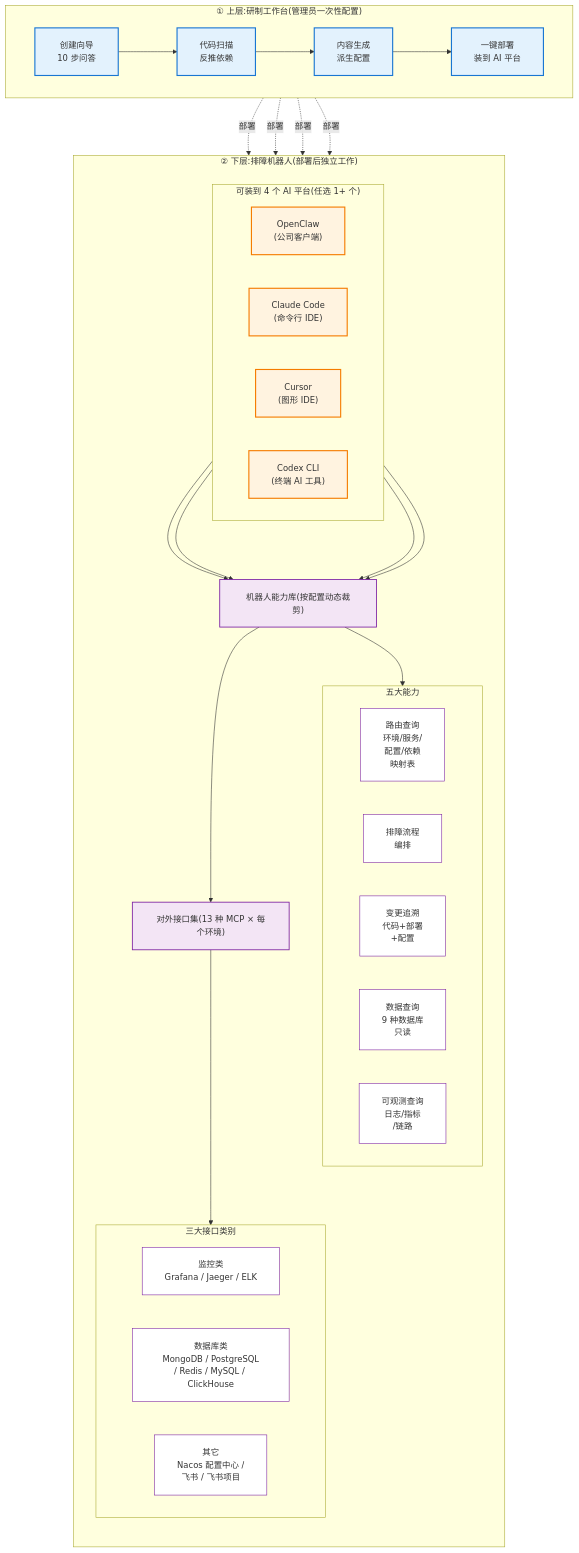
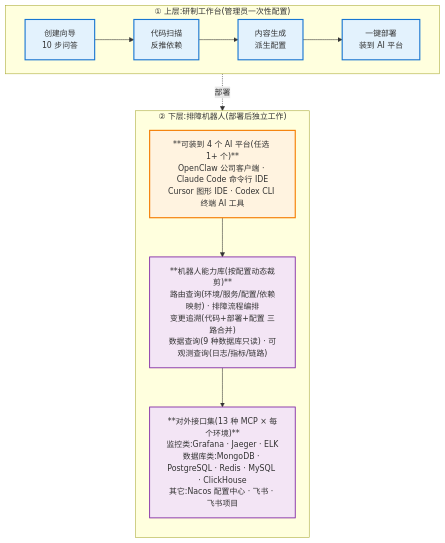
Before and after one commit to 452562082/troubleshooter-studio: the first of 2 diagrams in docs/agent-application.md, drawn with Mermaid. The commit also changed other lines of this file and 1 other file, not shown here.

Commit message:
流程图改紧凑布局:不嵌套 subgraph,默认间距小一半
用户反馈"间距也太长了" — 上一版加大 nodeSpacing/rankSpacing 后,
嵌套 subgraph 的 direction LR 没起效(被 mermaid 渲染器强制纵排),
5 个能力节点 + 3 个 MCP 类别节点变垂直 stack,80px rankSpacing
进一步拉爆整张图(用户截图里垂直拉了 8 屏)。

修法:

图 1 整体架构:
- 删 SkillCat 和 MCPCat 两个嵌套 subgraph(direction LR 不靠谱)
- 5 个能力 → 合到 Skills 单节点 1 行标题 + 3 行内容
- 3 个 MCP 类别 → 合到 MCPs 单节点 1 行标题 + 3 行内容
- 4 个 AI 平台 → 合到 Plats 单节点 1 行标题 + 2 行内容
- 横向 4 步流水线 W→A→G→I 用 LR direction 保留(单层不会被 override)

参数收紧:
- 图 1 nodeSpacing 60→30, rankSpacing 80→45, fontSize 15→14px
- 图 2 nodeSpacing 55→25, rankSpacing 70→40, fontSize 15→14px
- 图 3/4 sequenceDiagram actorMargin 80-90→50-55,
  noteMargin 15-18→10, messageMargin 45-50→30-32,
  boxMargin 12-15→8, fontSize 14-15→13px

效果:
- 整体高度直接腰斩
- 节点内文字行数 3-4 行仍然清晰
- 不依赖嵌套 subgraph,所有 mermaid 渲染器行为一致

````diff
--- a/docs/agent-application.md
+++ b/docs/agent-application.md
@@ -69,61 +69,25 @@
 ```mermaid
-%%{init: {'flowchart': {'nodeSpacing': 60, 'rankSpacing': 80, 'padding': 20}, 'themeVariables': {'fontSize': '15px'}}}%%
+%%{init: {'flowchart': {'nodeSpacing': 30, 'rankSpacing': 45}, 'themeVariables': {'fontSize': '14px'}}}%%
 flowchart TB
     classDef studio fill:#e3f2fd,stroke:#1976d2,stroke-width:2px
     classDef target fill:#fff3e0,stroke:#f57c00,stroke-width:2px
     classDef share fill:#f3e5f5,stroke:#7b1fa2,stroke-width:1.5px
-    classDef cat fill:#fff,stroke:#7b1fa2,stroke-width:1px
 
     subgraph L1["① 上层:研制工作台(管理员一次性配置)"]
         direction LR
-        W["创建向导<br/>10 步问答"]:::studio
-        A["代码扫描<br/>反推依赖"]:::studio
-        G["内容生成<br/>派生配置"]:::studio
-        I["一键部署<br/>装到 AI 平台"]:::studio
-        W --> A --> G --> I
+        W["创建向导<br/>10 步问答"]:::studio --> A["代码扫描<br/>反推依赖"]:::studio --> G["内容生成<br/>派生配置"]:::studio --> I["一键部署<br/>装到 AI 平台"]:::studio
     end
 
     subgraph L2["② 下层:排障机器人(部署后独立工作)"]
         direction TB
-        subgraph Plats["可装到 4 个 AI 平台(任选 1+ 个)"]
-            direction LR
-            OC["OpenClaw<br/>(公司客户端)"]:::target
-            CC["Claude Code<br/>(命令行 IDE)"]:::target
-            CU["Cursor<br/>(图形 IDE)"]:::target
-            CX["Codex CLI<br/>(终端 AI 工具)"]:::target
-        end
+        Plats["**可装到 4 个 AI 平台(任选 1+ 个)**<br/>OpenClaw 公司客户端 · Claude Code 命令行 IDE<br/>Cursor 图形 IDE · Codex CLI 终端 AI 工具"]:::target
 
-        Skills["机器人能力库(按配置动态裁剪)"]:::share
+        Skills["**机器人能力库(按配置动态裁剪)**<br/>路由查询(环境/服务/配置/依赖映射) · 排障流程编排<br/>变更追溯(代码+部署+配置 三路合并)<br/>数据查询(9 种数据库只读) · 可观测查询(日志/指标/链路)"]:::share
 
-        subgraph SkillCat["五大能力"]
-            direction LR
-            SK1["路由查询<br/>环境/服务/<br/>配置/依赖<br/>映射表"]:::cat
-            SK2["排障流程<br/>编排"]:::cat
-            SK3["变更追溯<br/>代码+部署<br/>+配置"]:::cat
-            SK4["数据查询<br/>9 种数据库<br/>只读"]:::cat
-            SK5["可观测查询<br/>日志/指标<br/>/链路"]:::cat
-        end
+        MCPs["**对外接口集(13 种 MCP × 每个环境)**<br/>监控类:Grafana · Jaeger · ELK<br/>数据库类:MongoDB · PostgreSQL · Redis · MySQL · ClickHouse<br/>其它:Nacos 配置中心 · 飞书 · 飞书项目"]:::share
 
-        MCPs["对外接口集(13 种 MCP × 每个环境)"]:::share
-
-        subgraph MCPCat["三大接口类别"]
-            direction LR
-            M1["监控类<br/>Grafana / Jaeger / ELK"]:::cat
-            M2["数据库类<br/>MongoDB / PostgreSQL<br/>/ Redis / MySQL / ClickHouse"]:::cat
-            M3["其它<br/>Nacos 配置中心 /<br/>飞书 / 飞书项目"]:::cat
-        end
-
-        OC --> Skills
-        CC --> Skills
-        CU --> Skills
-        CX --> Skills
-        Skills --> SkillCat
-        Skills --> MCPs
-        MCPs --> MCPCat
+        Plats --> Skills --> MCPs
     end
 
-    I -.部署.-> OC
-    I -.部署.-> CC
-    I -.部署.-> CU
-    I -.部署.-> CX
+    I -.部署.-> Plats
 ```
````
